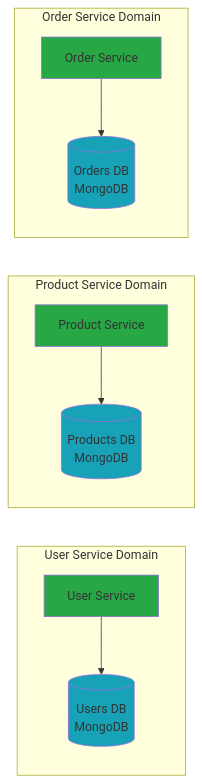
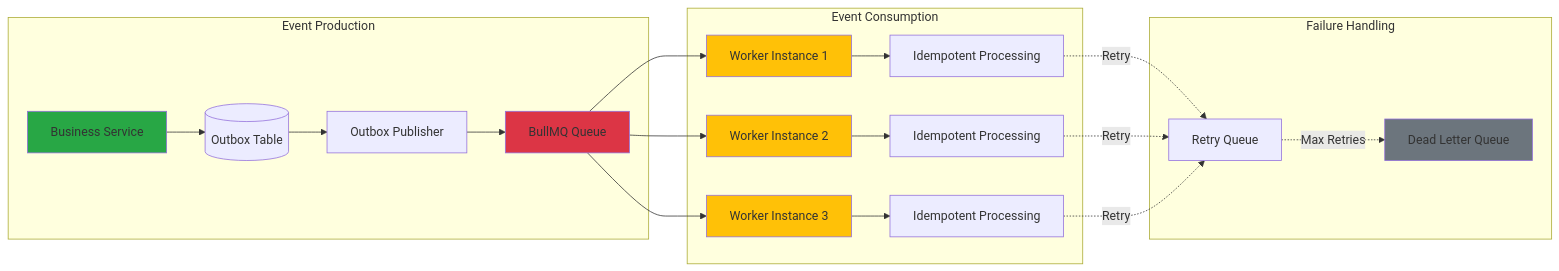
One commit to BabaScience/ecom-microservices changed the second of 6 diagrams in docs/spec.md. Above: the diagram before and after it, drawn with Mermaid. The commit also changed other lines of this file, not shown here.

First line of the commit message:
Enhance architecture specification for e-commerce microservices

````diff
--- a/docs/spec.md
+++ b/docs/spec.md
@@ -417,21 +636,32 @@
 ```mermaid
 graph LR
-    subgraph "User Service Domain"
-        US[User Service] --> UDB[(Users DB<br/>MongoDB)]
+    subgraph "Event Production"
+        Service[Business Service] --> Outbox[(Outbox Table)]
+        Outbox --> Publisher[Outbox Publisher]
+        Publisher --> Queue[BullMQ Queue]
     end
     
-    subgraph "Product Service Domain"
-        PS[Product Service] --> PDB[(Products DB<br/>MongoDB)]
+    subgraph "Event Consumption"
+        Queue --> Worker1[Worker Instance 1]
+        Queue --> Worker2[Worker Instance 2]
+        Queue --> Worker3[Worker Instance 3]
+        
+        Worker1 --> Process1[Idempotent Processing]
+        Worker2 --> Process2[Idempotent Processing]
+        Worker3 --> Process3[Idempotent Processing]
     end
     
-    subgraph "Order Service Domain"
-        OS[Order Service] --> ODB[(Orders DB<br/>MongoDB)]
+    subgraph "Failure Handling"
+        Process1 -.->|Retry| RetryQueue[Retry Queue]
+        Process2 -.->|Retry| RetryQueue
+        Process3 -.->|Retry| RetryQueue
+        RetryQueue -.->|Max Retries| DLQ[Dead Letter Queue]
     end
     
-    style US fill:#28A745
-    style PS fill:#28A745
-    style OS fill:#28A745
-    style UDB fill:#17A2B8
-    style PDB fill:#17A2B8
-    style ODB fill:#17A2B8
+    style Service fill:#28A745
+    style Queue fill:#DC3545
+    style Worker1 fill:#FFC107
+    style Worker2 fill:#FFC107
+    style Worker3 fill:#FFC107
+    style DLQ fill:#6C757D
 ```
````
